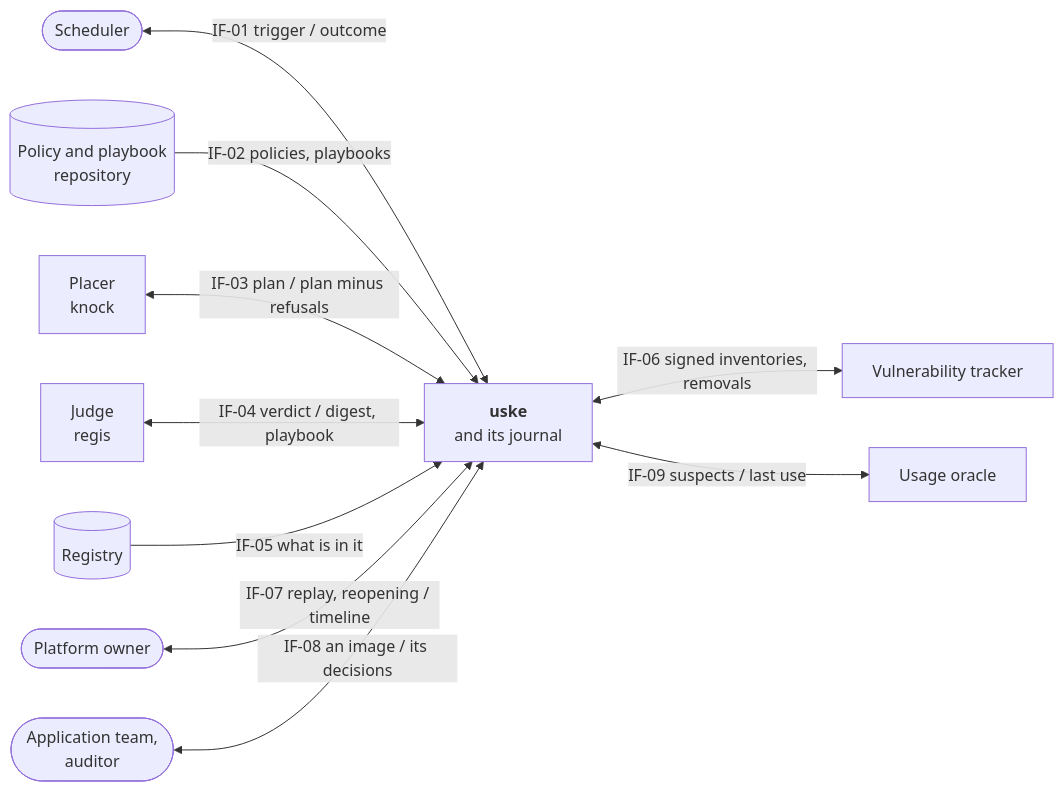
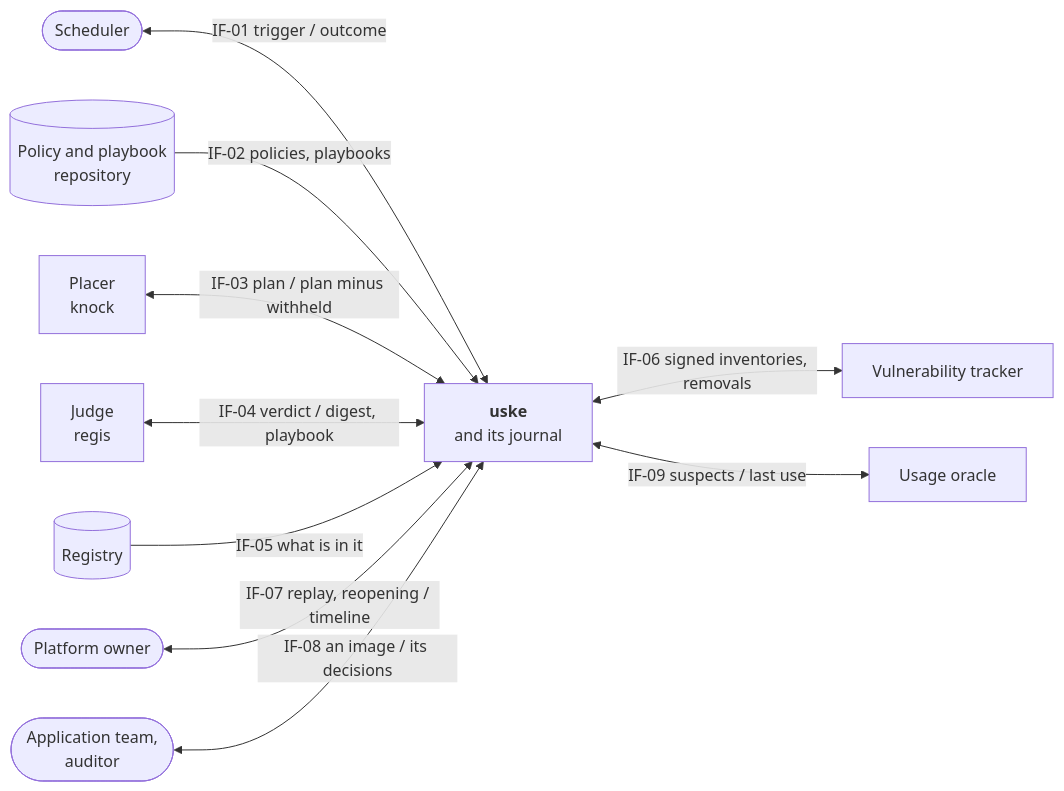
The first of 5 diagrams in docs/architecture/arc42.md (trivoallan/uske), drawn with Mermaid before and after one commit. The commit also changed other lines of this file and 2 other files, not shown here.

````diff
--- a/docs/architecture/arc42.md
+++ b/docs/architecture/arc42.md
@@ -138,22 +141,22 @@
 ```mermaid
 flowchart LR
   U["<b>uske</b><br>and its journal"]
   plan(["Scheduler"])
   depot[("Policy and playbook<br>repository")]
   knock["Placer<br>knock"]
   regis["Judge<br>regis"]
   reg[("Registry")]
   dt["Vulnerability tracker"]
   oracle["Usage oracle"]
   rp(["Platform owner"])
   lect(["Application team,<br>auditor"])
   plan <-->|"IF-01 trigger / outcome"| U
   depot -->|"IF-02 policies, playbooks"| U
-  knock <-->|"IF-03 plan / plan minus refusals"| U
+  knock <-->|"IF-03 plan / plan minus withheld"| U
   regis <-->|"IF-04 verdict / digest, playbook"| U
   reg -->|"IF-05 what is in it"| U
   U <-->|"IF-06 signed inventories, removals"| dt
   U <-->|"IF-09 suspects / last use"| oracle
   rp <-->|"IF-07 replay, reopening / timeline"| U
   lect <-->|"IF-08 an image / its decisions"| U
 ```
````
